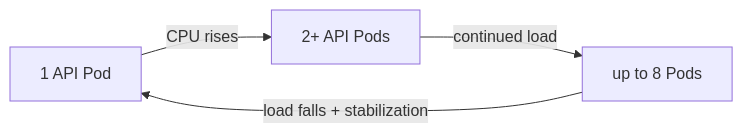
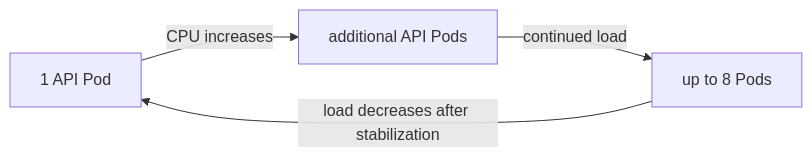
One commit to Jstarzz/geotagger changed the seventh of 9 diagrams in docs/PROJECT_OVERVIEW.md. Above: the diagram before and after it, drawn with Mermaid. The commit also changed other lines of this file, not shown here.

Commit message:
docs: tighten project overview and sanitize diagrams

````diff
--- a/docs/PROJECT_OVERVIEW.md
+++ b/docs/PROJECT_OVERVIEW.md
@@ -624,6 +408,6 @@
 ```mermaid
 flowchart LR
-    ONE[1 API Pod] -->|CPU rises| TWO[2+ API Pods]
-    TWO -->|continued load| MAX[up to 8 Pods]
-    MAX -->|load falls + stabilization| ONE
+    ONE["1 API Pod"] -->|"CPU increases"| MORE["additional API Pods"]
+    MORE -->|"continued load"| MAX["up to 8 Pods"]
+    MAX -->|"load decreases after stabilization"| ONE
 ```
````
